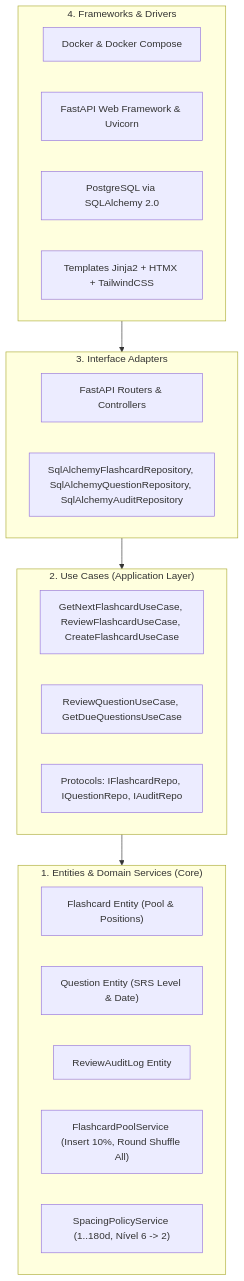
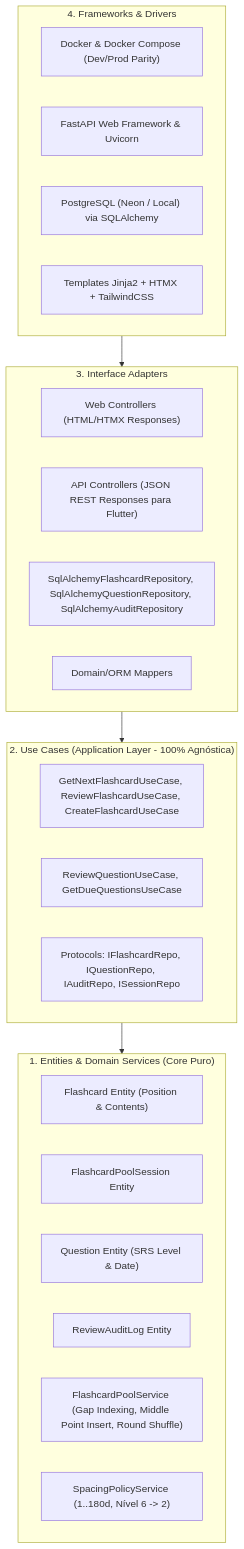
The third of 4 diagrams in PRD.md (gabrielffreitas94-commits/study_reviewer), drawn with Mermaid before and after one commit. The commit also changed other lines of this file, not shown here.

````diff
--- a/PRD.md
+++ b/PRD.md
@@ -137,32 +161,35 @@
 ```mermaid
 flowchart TD
     subgraph Camada_4["4. Frameworks & Drivers"]
-        Docker["Docker & Docker Compose"]
+        Docker["Docker & Docker Compose (Dev/Prod Parity)"]
         FastAPI_App["FastAPI Web Framework & Uvicorn"]
-        SQLAlchemy_Postgres["PostgreSQL via SQLAlchemy 2.0"]
+        Postgres_DB["PostgreSQL (Neon / Local) via SQLAlchemy"]
         Templates_HTMX["Templates Jinja2 + HTMX + TailwindCSS"]
     end
 
     subgraph Camada_3["3. Interface Adapters"]
-        Controllers["FastAPI Routers & Controllers"]
+        Controllers_Web["Web Controllers (HTML/HTMX Responses)"]
+        Controllers_API["API Controllers (JSON REST Responses para Flutter)"]
         Repo_Impl["SqlAlchemyFlashcardRepository, SqlAlchemyQuestionRepository, SqlAlchemyAuditRepository"]
+        Mappers["Domain/ORM Mappers"]
     end
 
-    subgraph Camada_2["2. Use Cases (Application Layer)"]
+    subgraph Camada_2["2. Use Cases (Application Layer - 100% Agnóstica)"]
         UC_Card["GetNextFlashcardUseCase, ReviewFlashcardUseCase, CreateFlashcardUseCase"]
         UC_Question["ReviewQuestionUseCase, GetDueQuestionsUseCase"]
-        UC_Ports["Protocols: IFlashcardRepo, IQuestionRepo, IAuditRepo"]
+        UC_Ports["Protocols: IFlashcardRepo, IQuestionRepo, IAuditRepo, ISessionRepo"]
     end
 
-    subgraph Camada_1["1. Entities & Domain Services (Core)"]
-        E_Flashcard["Flashcard Entity (Pool & Positions)"]
+    subgraph Camada_1["1. Entities & Domain Services (Core Puro)"]
+        E_Flashcard["Flashcard Entity (Position & Contents)"]
+        E_Session["FlashcardPoolSession Entity"]
         E_Question["Question Entity (SRS Level & Date)"]
         E_Audit["ReviewAuditLog Entity"]
-        DS_Pool["FlashcardPoolService (Insert 10%, Round Shuffle All)"]
+        DS_Pool["FlashcardPoolService (Gap Indexing, Middle Point Insert, Round Shuffle)"]
         DS_Spacing["SpacingPolicyService (1..180d, Nível 6 -> 2)"]
     end
 
     Camada_4 --> Camada_3
     Camada_3 --> Camada_2
     Camada_2 --> Camada_1
 ```
````
